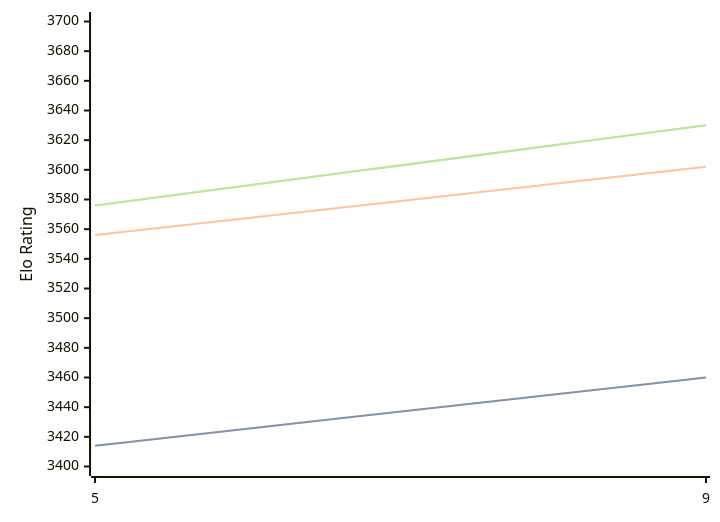
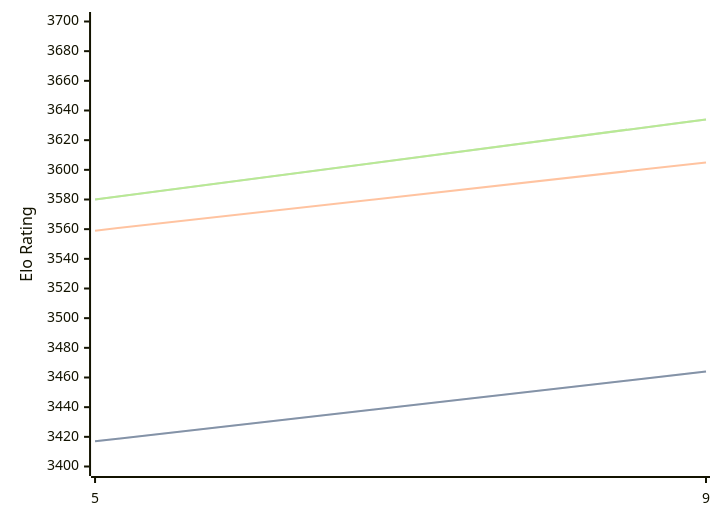
The diagram in engines/Crystal.md (computer-chess-index/cci), drawn with Mermaid before and after one commit. The commit also changed other lines of this file, not shown here.

Commit message:
Update CCI Ratings (ELO VLTC) - 2026-04-30

````diff
--- a/engines/Crystal.md
+++ b/engines/Crystal.md
@@ -60,11 +60,11 @@
 ```mermaid
 %%{init: {"theme":"base","themeVariables":{"seriesColors:['#a3a3a3','#222221','#faa371']}}}%%
 xychart-beta
   x-axis ["5", "9"]
   y-axis "Elo Rating" 3400 --> 3700
-  line "STC (8.0+0.08s)" [3414, 3460]
-  line "STC (8.0+0.08s)" [3414, 3460]
-  line "LTC (60.0+0.60s)" [3556, 3602]
-  line "VLTC (2m24s+1.12s)" [3576, 3630]
-  line "VLTC (2m24s+1.12s)" [3576, 3630]
+  line "STC (8.0+0.08s)" [3417, 3464]
+  line "STC (8.0+0.08s)" [3417, 3464]
+  line "LTC (60.0+0.60s)" [3559, 3605]
+  line "VLTC (2m24s+1.12s)" [3580, 3634]
+  line "VLTC (2m24s+1.12s)" [3580, 3634]
 ```
````
